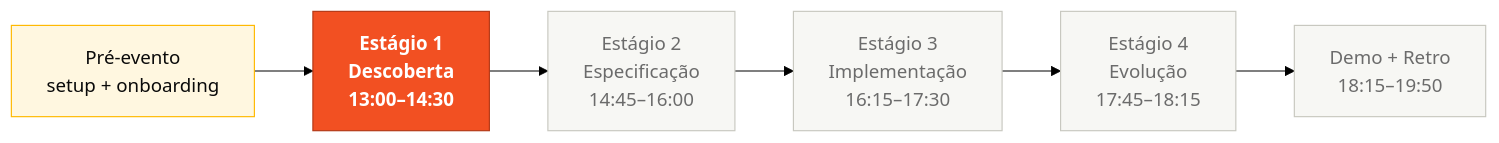
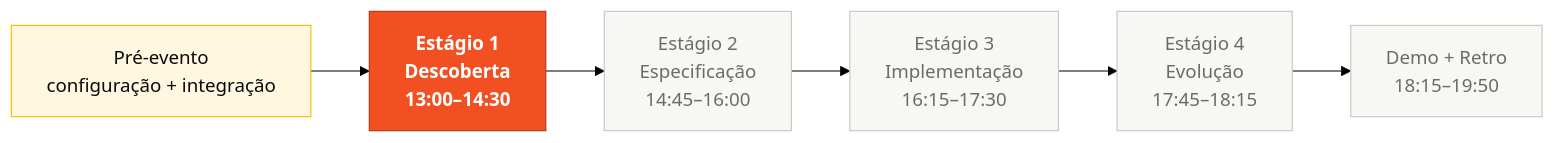
Before and after one commit to paulasilvatech/hackathon-datacorp-team-kit: the first of 2 diagrams in pt-br/README.md, drawn with Mermaid (forest theme). The commit also changed other lines of this file and 172 other files, not shown here.

````diff
--- a/pt-br/README.md
+++ b/pt-br/README.md
@@ -65,15 +65,15 @@
 ```mermaid
 flowchart LR
  classDef current fill:#F25022,stroke:#B33816,color:#fff,font-weight:bold
  classDef next fill:#FFF7E0,stroke:#FFB900,color:#0A0A0A
  classDef later fill:#F7F7F4,stroke:#C8C8C0,color:#6B6B6B
 
- PRE[Pré-evento<br/>setup + onboarding]:::next
+ PRE[Pré-evento<br/>configuração + integração]:::next
  S1[Estágio 1<br/>Descoberta<br/>13:00–14:30]:::current
  S2[Estágio 2<br/>Especificação<br/>14:45–16:00]:::later
  S3[Estágio 3<br/>Implementação<br/>16:15–17:30]:::later
  S4[Estágio 4<br/>Evolução<br/>17:45–18:15]:::later
  DEMO[Demo + Retro<br/>18:15–19:50]:::later
 
  PRE --> S1 --> S2 --> S3 --> S4 --> DEMO
 ```
````
